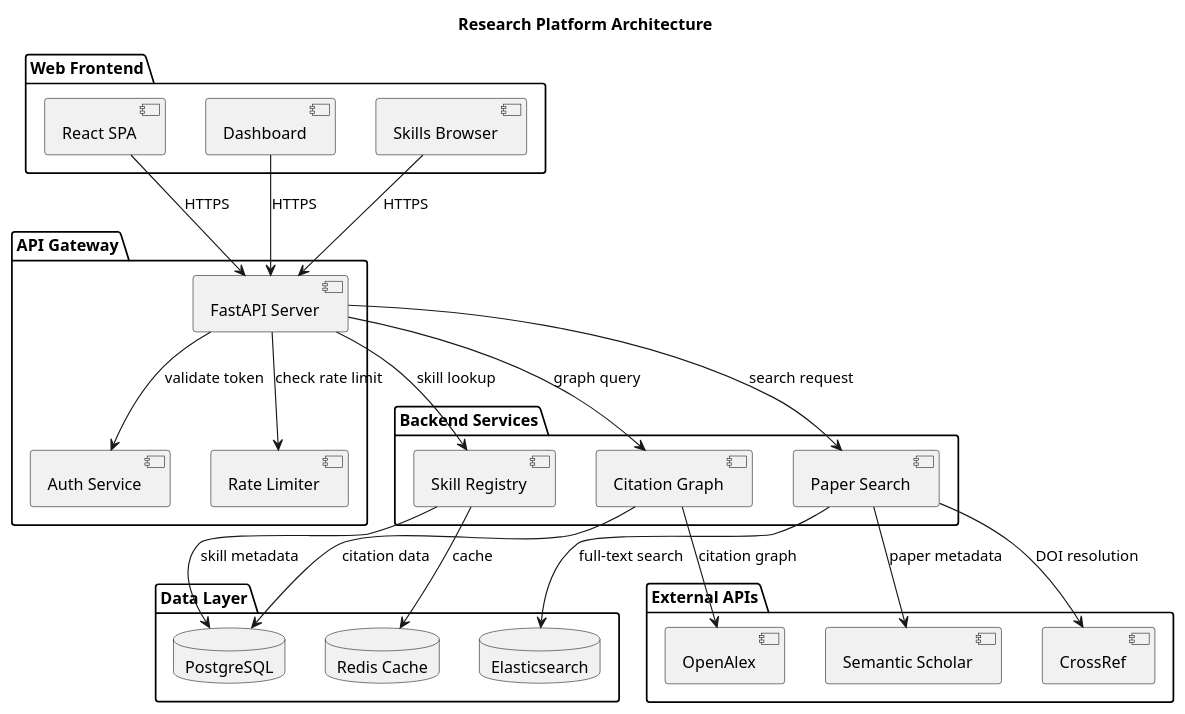
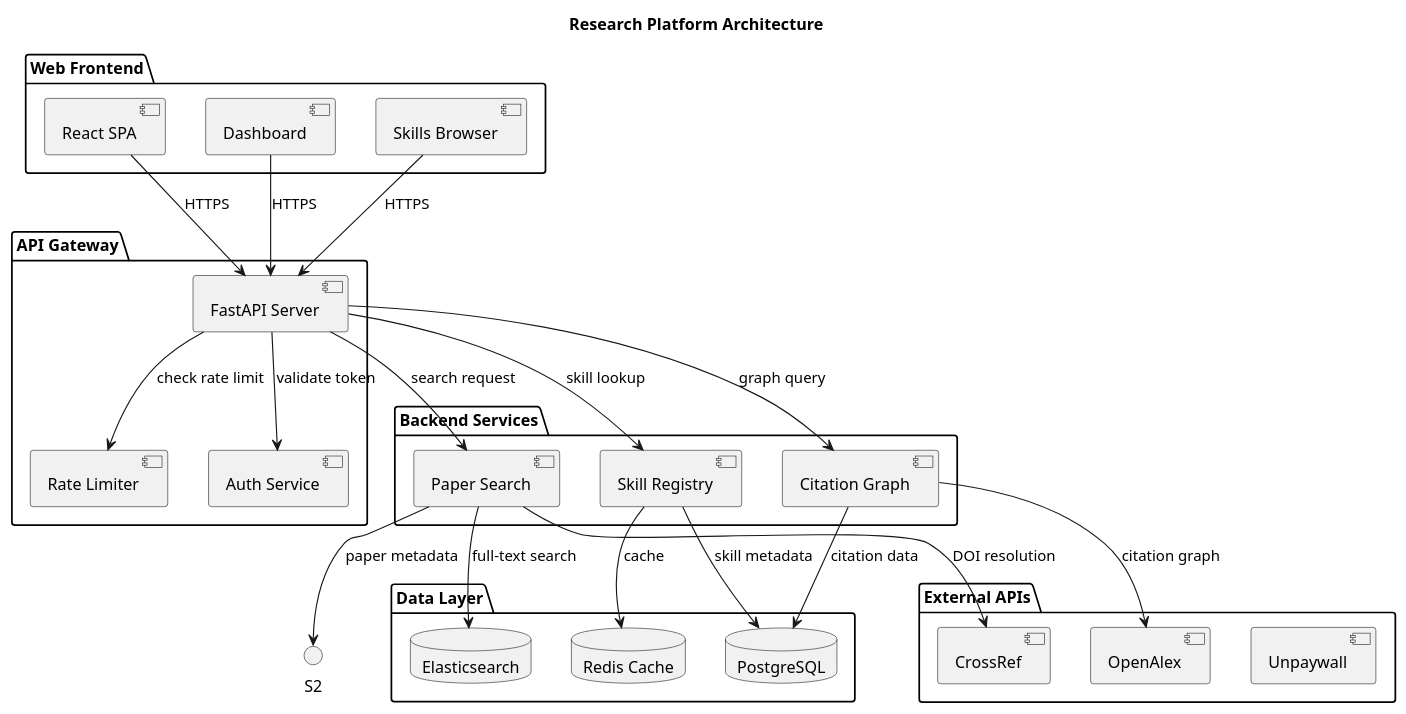
Before and after one commit to wentorai/research-plugins: the fifth of 8 diagrams in skills/tools/diagram/plantuml-guide/SKILL.md, drawn with PlantUML. The commit also changed 53 other files, not shown here.

````diff
--- a/skills/tools/diagram/plantuml-guide/SKILL.md
+++ b/skills/tools/diagram/plantuml-guide/SKILL.md
@@ -199,56 +199,56 @@
 ```plantuml
 @startuml
 title Research Platform Architecture
 
 package "Web Frontend" {
   [React SPA] as SPA
   [Dashboard] as Dash
   [Skills Browser] as Skills
 }
 
 package "API Gateway" {
   [FastAPI Server] as API
   [Auth Service] as Auth
   [Rate Limiter] as RL
 }
 
 package "Backend Services" {
   [Paper Search] as PS
   [Citation Graph] as CG
   [Skill Registry] as SR
 }
 
 package "Data Layer" {
   database "PostgreSQL" as PG
   database "Redis Cache" as Redis
   database "Elasticsearch" as ES
 }
 
 package "External APIs" {
-  [Semantic Scholar] as S2
+  [Unpaywall] as UP
   [CrossRef] as CR
   [OpenAlex] as OA
 }
 
 SPA --> API : HTTPS
 Dash --> API : HTTPS
 Skills --> API : HTTPS
 
 API --> Auth : validate token
 API --> RL : check rate limit
 API --> PS : search request
 API --> CG : graph query
 API --> SR : skill lookup
 
 PS --> ES : full-text search
 PS --> S2 : paper metadata
 PS --> CR : DOI resolution
 
 CG --> PG : citation data
 CG --> OA : citation graph
 
 SR --> PG : skill metadata
 SR --> Redis : cache
 
 @enduml
 ```
````
